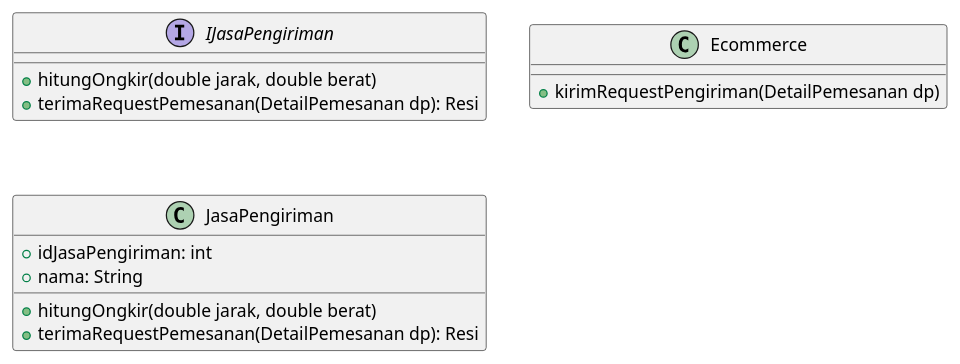
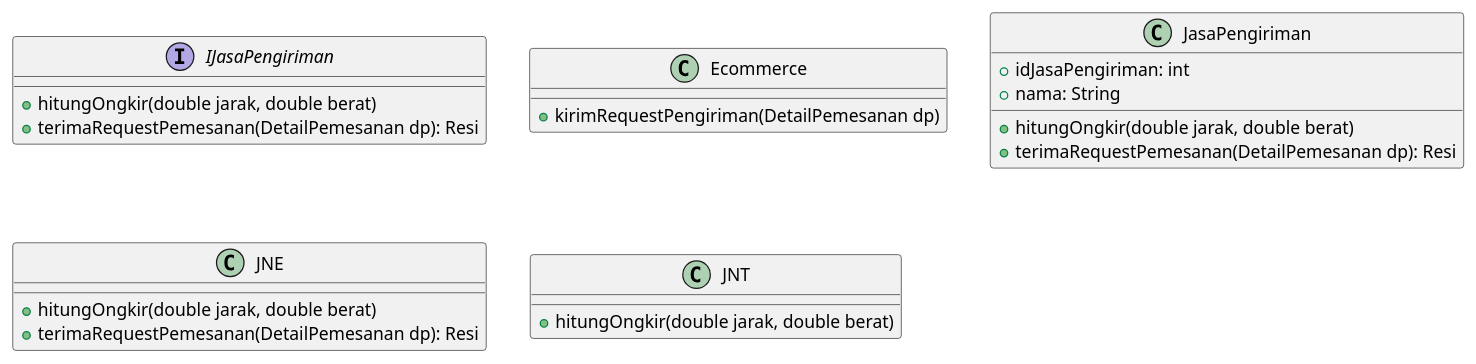
Before and after one commit to farhanzakiputra/pbpu-a-2022: the diagram in P1_Kelompok_6_PBPU_A.puml, drawn with PlantUML.

Commit message:
add class JNE & JNT

```diff
--- a/P1_Kelompok_6_PBPU_A.puml
+++ b/P1_Kelompok_6_PBPU_A.puml
@@ -1,19 +1,28 @@
 @startuml
 
 interface IJasaPengiriman {
  +hitungOngkir(double jarak, double berat)
  +terimaRequestPemesanan(DetailPemesanan dp): Resi
 }
 
 class Ecommerce {
  +kirimRequestPengiriman(DetailPemesanan dp)
 }
 
 class JasaPengiriman {
  +idJasaPengiriman: int
  +nama: String
  +hitungOngkir(double jarak, double berat)
  +terimaRequestPemesanan(DetailPemesanan dp): Resi
 }
 
+class JNE {
+ +hitungOngkir(double jarak, double berat)
+ +terimaRequestPemesanan(DetailPemesanan dp): Resi 
+}
+
+class JNT {
+ +hitungOngkir(double jarak, double berat)
+}
+
 @enduml
```
